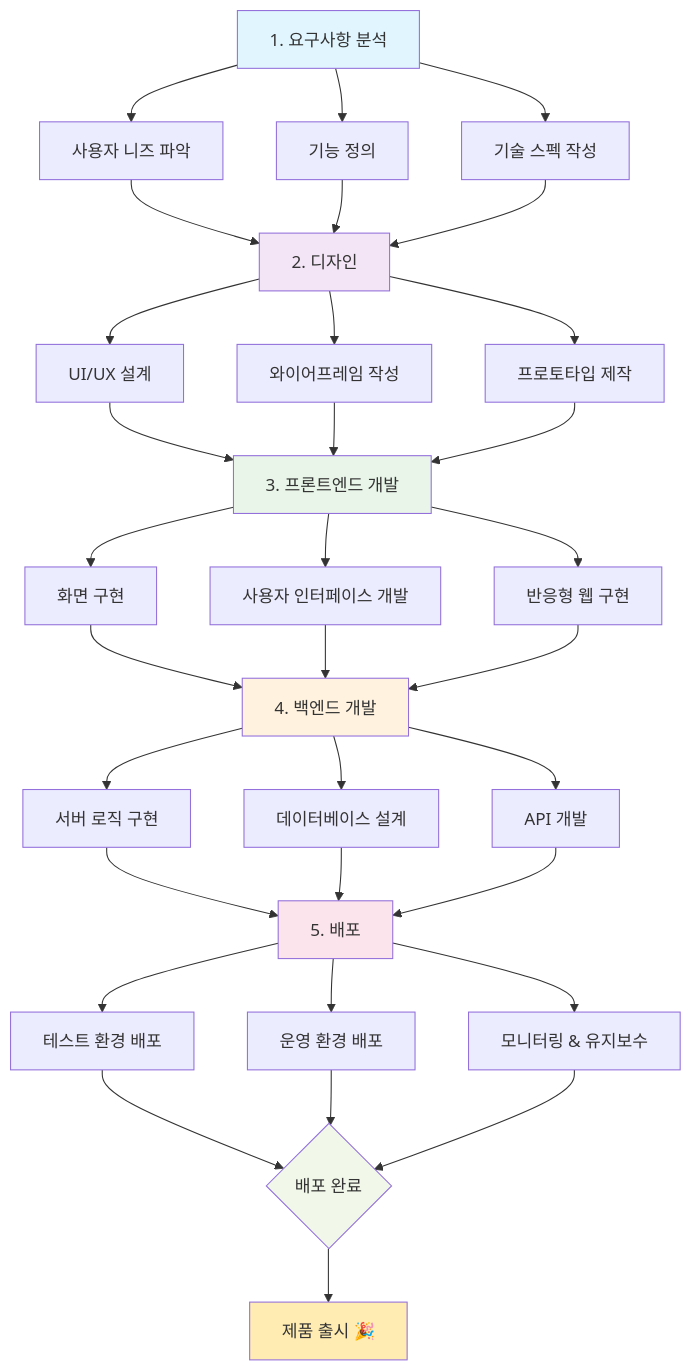
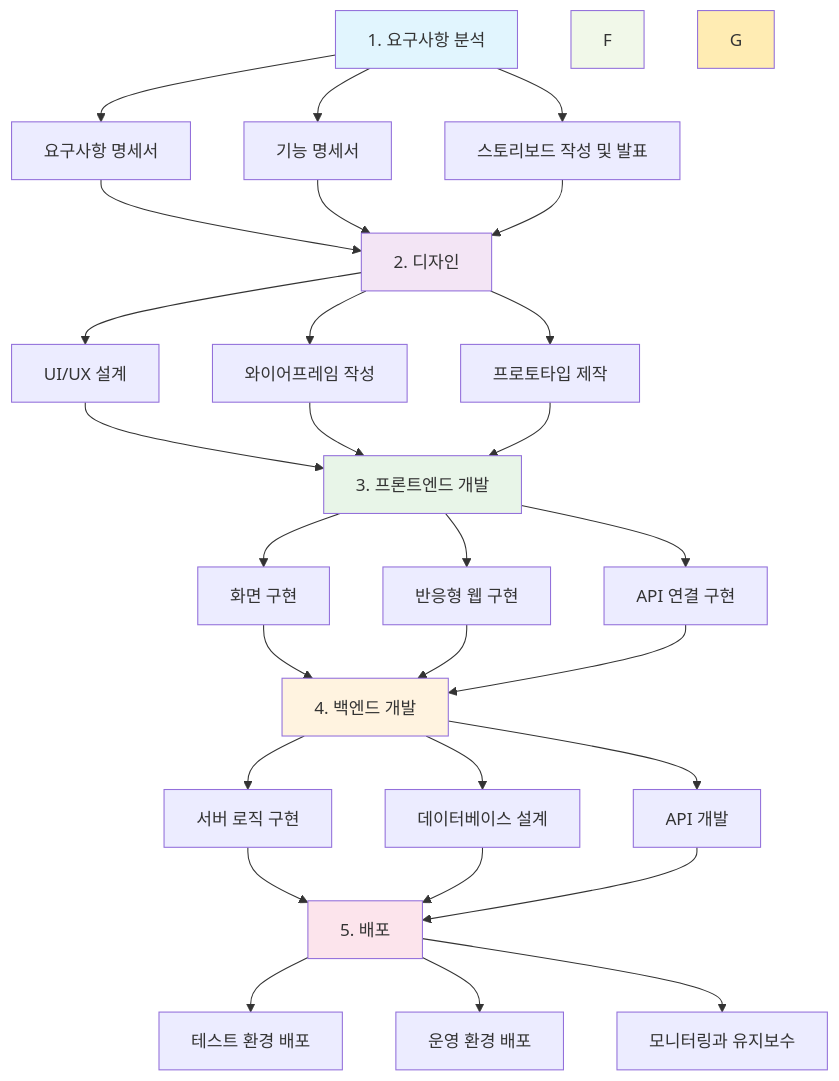
One commit to weniv/mdpre changed the diagram in 바이브코딩/바이브코딩_강의자료2_FE.md. Above: the diagram before and after it, drawn with Mermaid. The commit also changed other lines of this file and 4 other files, not shown here.

````diff
--- a/바이브코딩/바이브코딩_강의자료2_FE.md
+++ b/바이브코딩/바이브코딩_강의자료2_FE.md
@@ -10,53 +18,47 @@
 ```mermaid
 
 flowchart TD
-    A[1. 요구사항 분석] --> A1[사용자 니즈 파악]
-    A --> A2[기능 정의]
-    A --> A3[기술 스펙 작성]
+    A[1. 요구사항 분석] --> A1[요구사항 명세서]
+    A --> A2[기능 명세서]
+    A --> A3[스토리보드 작성 및 발표]
     
     A1 --> B[2. 디자인]
     A2 --> B
     A3 --> B
     
     B --> B1[UI/UX 설계]
     B --> B2[와이어프레임 작성]
     B --> B3[프로토타입 제작]
     
     B1 --> C[3. 프론트엔드 개발]
     B2 --> C
     B3 --> C
     
     C --> C1[화면 구현]
-    C --> C2[사용자 인터페이스 개발]
-    C --> C3[반응형 웹 구현]
+    C --> C2[반응형 웹 구현]
+    C --> C3[API 연결 구현]
     
     C1 --> D[4. 백엔드 개발]
     C2 --> D
     C3 --> D
     
     D --> D1[서버 로직 구현]
     D --> D2[데이터베이스 설계]
     D --> D3[API 개발]
     
     D1 --> E[5. 배포]
     D2 --> E
     D3 --> E
     
     E --> E1[테스트 환경 배포]
     E --> E2[운영 환경 배포]
-    E --> E3[모니터링 & 유지보수]
-    
-    E1 --> F{배포 완료}
-    E2 --> F
-    E3 --> F
-    
-    F --> G[제품 출시 🎉]
+    E --> E3[모니터링과 유지보수]
     
     style A fill:#e1f5fe
     style B fill:#f3e5f5
     style C fill:#e8f5e8
     style D fill:#fff3e0
     style E fill:#fce4ec
     style F fill:#f1f8e9
     style G fill:#ffecb3
 ```
````
